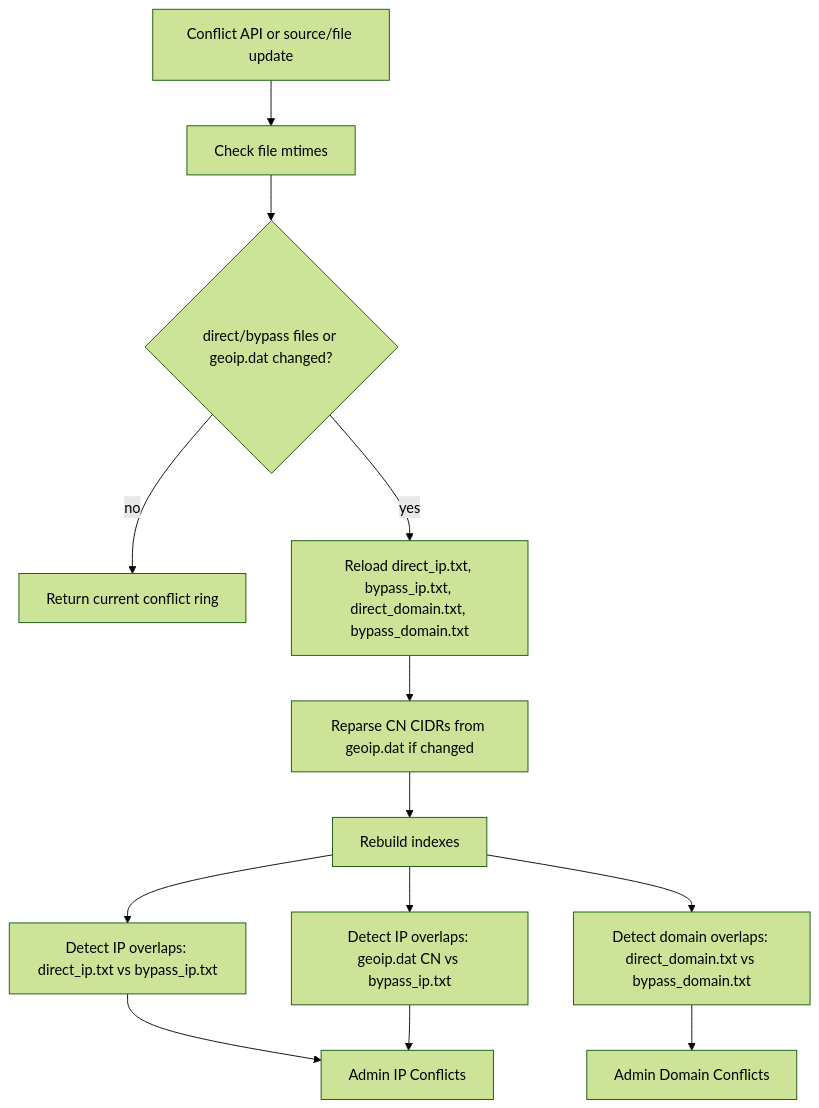
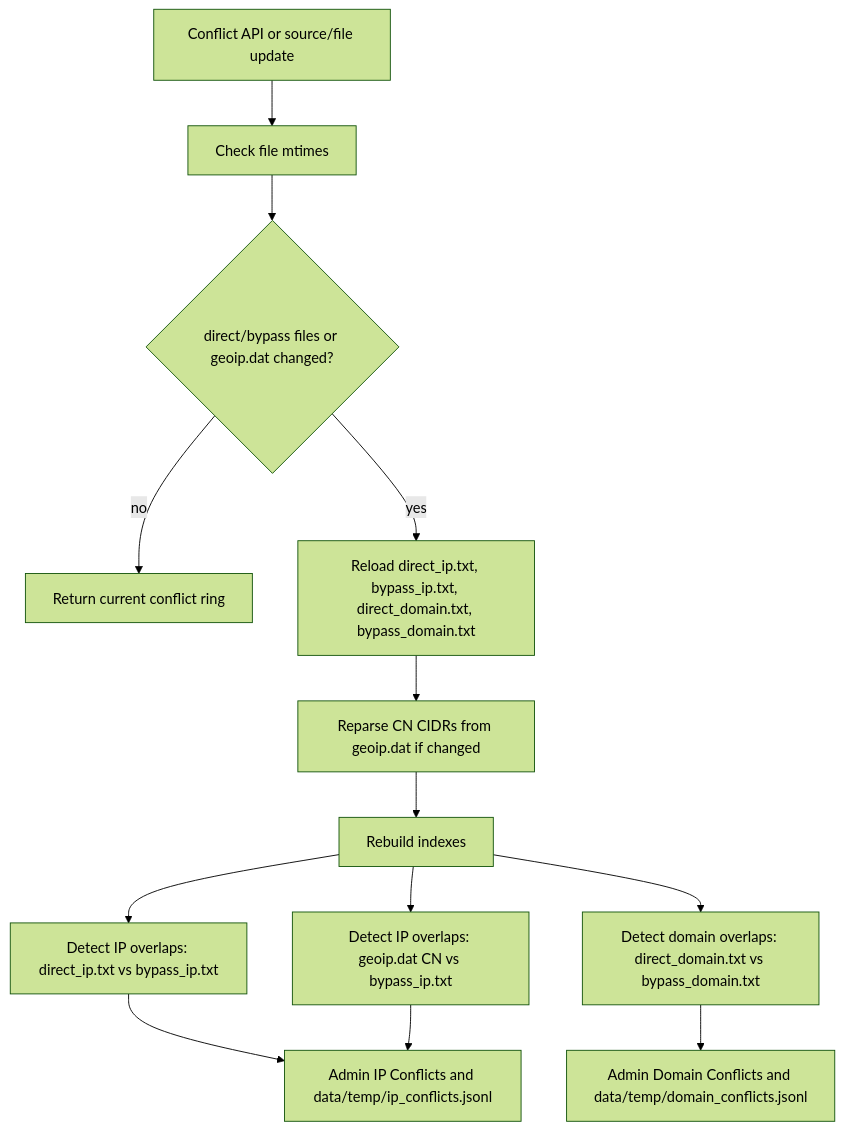
Before and after one commit to xiedeacc/shadowsocks-rust: the fourth of 6 diagrams in ROUTING_LOGIC_FLOW.md, drawn with Mermaid (forest theme). The commit also changed other lines of this file and 3 other files, not shown here.

Commit message:
Persist routing temp data under temp directory

````diff
--- a/ROUTING_LOGIC_FLOW.md
+++ b/ROUTING_LOGIC_FLOW.md
@@ -86,15 +86,15 @@
 ```mermaid
 flowchart TD
     A[Conflict API or source/file update] --> B[Check file mtimes]
     B --> C{direct/bypass files or geoip.dat changed?}
     C -- no --> D[Return current conflict ring]
     C -- yes --> E[Reload direct_ip.txt, bypass_ip.txt, direct_domain.txt, bypass_domain.txt]
     E --> F[Reparse CN CIDRs from geoip.dat if changed]
     F --> G[Rebuild indexes]
     G --> H[Detect IP overlaps: direct_ip.txt vs bypass_ip.txt]
     G --> I[Detect IP overlaps: geoip.dat CN vs bypass_ip.txt]
     G --> J[Detect domain overlaps: direct_domain.txt vs bypass_domain.txt]
-    H --> K[Admin IP Conflicts]
+    H --> K[Admin IP Conflicts and data/temp/ip_conflicts.jsonl]
     I --> K
-    J --> L[Admin Domain Conflicts]
+    J --> L[Admin Domain Conflicts and data/temp/domain_conflicts.jsonl]
 ```
````
